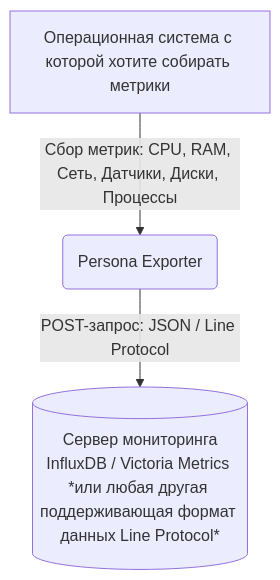
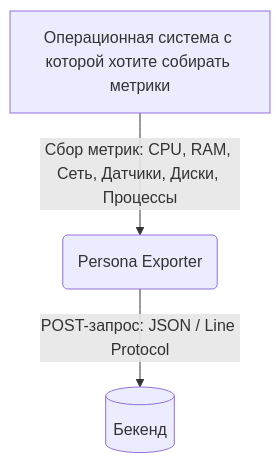
Before and after one commit to Persona-Team/persona-exporter-docs: the first of 2 diagrams in src/1_introduction/README.md, drawn with Mermaid. The commit also changed other lines of this file and 8 other files, not shown here.

````diff
--- a/src/1_introduction/README.md
+++ b/src/1_introduction/README.md
@@ -6,7 +7,7 @@
 ```mermaid
 graph TD
     OS[Операционная система с которой хотите собирать метрики] 
     -->|Сбор метрик: CPU, RAM, Сеть, Датчики, Диски, Процессы| PE(Persona Exporter)
     PE 
-    -->|POST-запрос: JSON / Line Protocol| TSDB[(Сервер мониторинга<br>InfluxDB / Victoria Metrics *или любая другая поддерживающая формат данных Line Protocol*)]
+    -->|POST-запрос: JSON / Line Protocol| TSDB[(Бекенд)]
 ```
````
